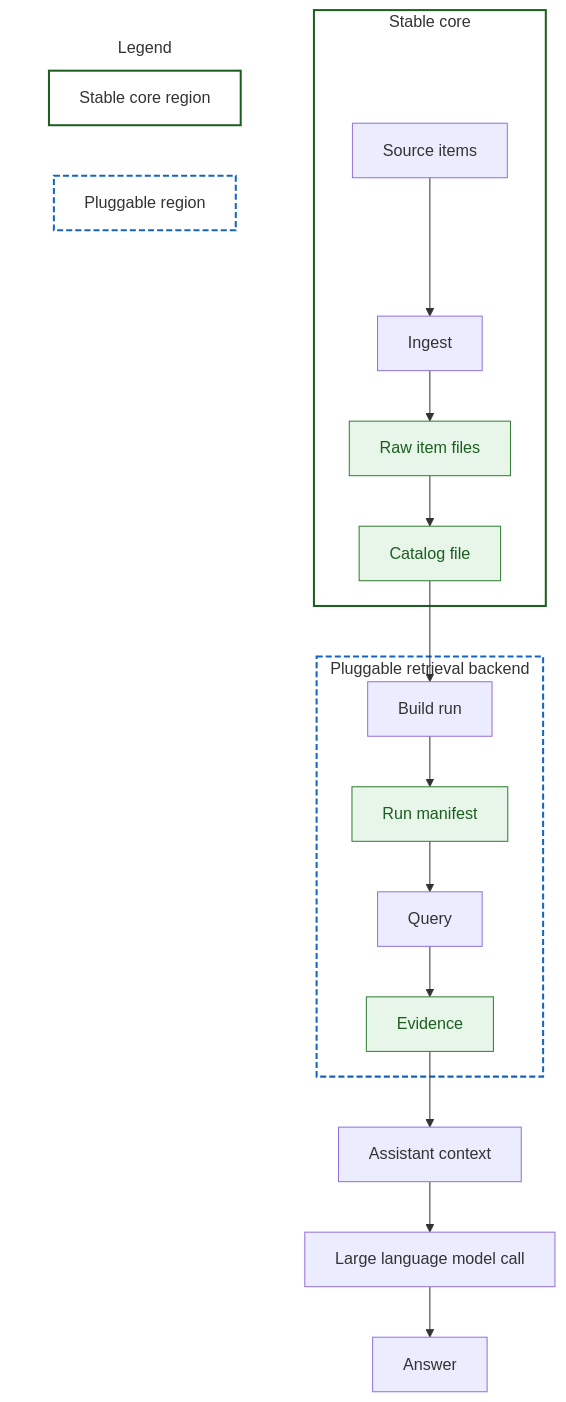
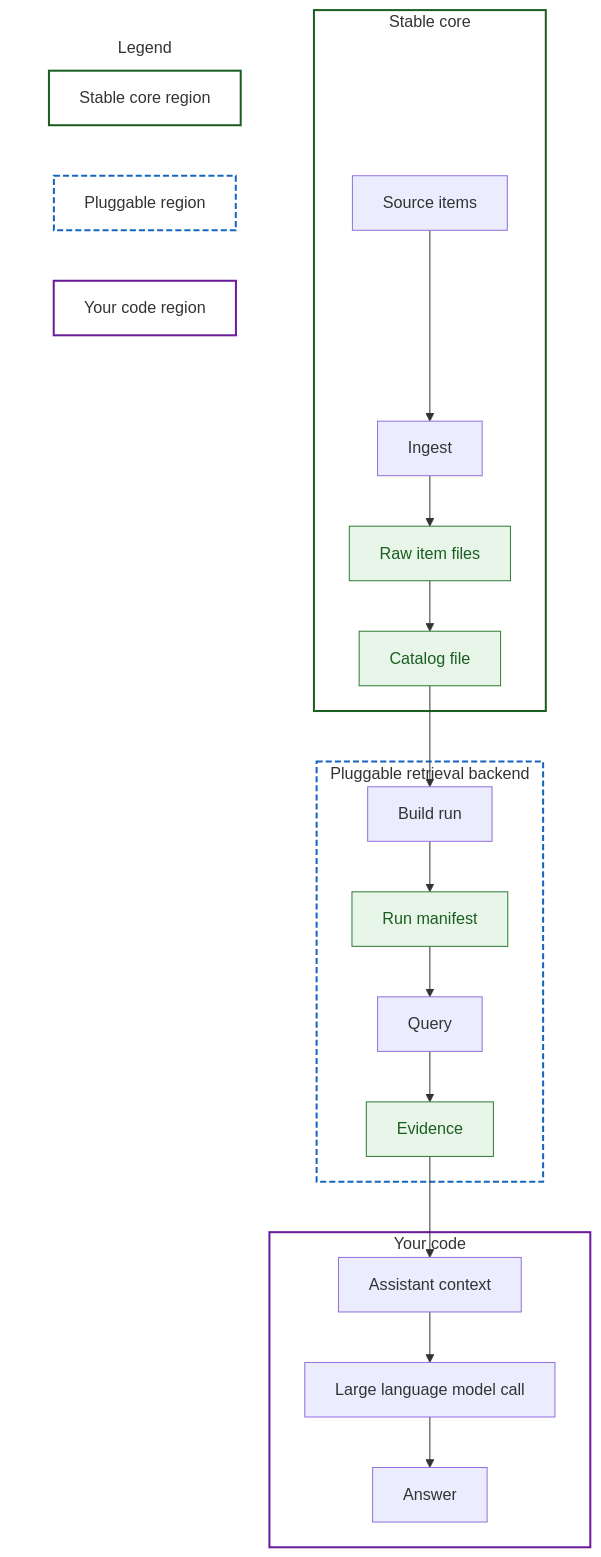
One commit to AnthusAI/Biblicus changed the diagram in README.md. Above: the diagram before and after it, drawn with Mermaid. The commit also changed other lines of this file, not shown here.

Commit message:
docs: label your code region in readme diagram

````diff
--- a/README.md
+++ b/README.md
@@ -36,37 +37,43 @@
 ```mermaid
 %%{init: {"flowchart": {"useMaxWidth": true}}}%%
 flowchart TD
   subgraph StableCore[Stable core]
     Source[Source items] --> Ingest[Ingest]
     Ingest --> Raw[Raw item files]
     Raw --> Catalog[Catalog file]
   end
 
   subgraph PluggableRetrievalBackend[Pluggable retrieval backend]
     Build[Build run] --> Run[Run manifest]
     Run --> Query[Query]
     Query --> Evidence[Evidence]
   end
 
   Catalog --> Build
-  Evidence --> Context[Assistant context]
-  Context --> Model[Large language model call]
-  Model --> Answer[Answer]
+  Evidence --> Context
+
+  subgraph YourCode[Your code]
+    Context[Assistant context] --> Model[Large language model call]
+    Model --> Answer[Answer]
+  end
 
   style StableCore fill:#ffffff,stroke:#1b5e20,stroke-width:2px
   style PluggableRetrievalBackend fill:#ffffff,stroke:#1565c0,stroke-dasharray:6 3,stroke-width:2px
+  style YourCode fill:#ffffff,stroke:#6a1b9a,stroke-width:2px
 
   style Raw fill:#e8f5e9,stroke:#2e7d32,color:#1b5e20
   style Catalog fill:#e8f5e9,stroke:#2e7d32,color:#1b5e20
   style Run fill:#e8f5e9,stroke:#2e7d32,color:#1b5e20
   style Evidence fill:#e8f5e9,stroke:#2e7d32,color:#1b5e20
 
   subgraph Legend[Legend]
     LegendStable[Stable core region]
     LegendPluggable[Pluggable region]
+    LegendYourCode[Your code region]
   end
 
   style Legend fill:#ffffff,stroke:#ffffff
   style LegendStable fill:#ffffff,stroke:#1b5e20,stroke-width:2px
   style LegendPluggable fill:#ffffff,stroke:#1565c0,stroke-dasharray:6 3,stroke-width:2px
+  style LegendYourCode fill:#ffffff,stroke:#6a1b9a,stroke-width:2px
 ```
````
